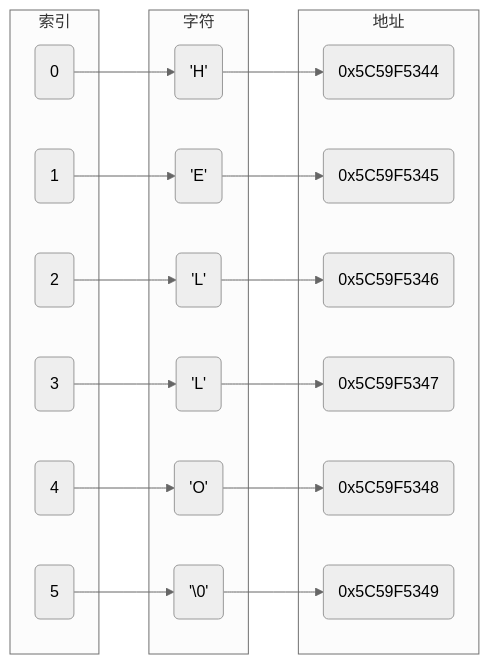
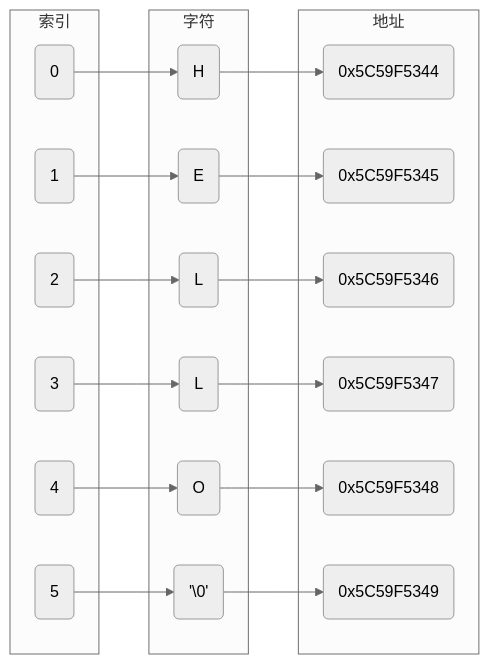
Before and after one commit to dmjcb/dmjcb.github.io: the second of 3 diagrams in _posts/language/c_c++/2021-11-13-字符.md, drawn with Mermaid (neutral theme). The commit also changed other lines of this file and 13 other files, not shown here.

````diff
--- a/_posts/language/c_c++/2021-11-13-字符.md
+++ b/_posts/language/c_c++/2021-11-13-字符.md
@@ -72,29 +76,27 @@
 ```mermaid
 graph LR
-subgraph 地址
-a0(0x5C59F5344)
-a1(0x5C59F5345)
-a2(0x5C59F5346)
-a3(0x5C59F5347)
-a4(0x5C59F5348)
-a5(0x5C59F5349)
-end
-
-subgraph 字符
-v0('H')
-v1('E')
-v2('L')
-v3('L')
-v4('O')
-v5('\0')
-end
-
-subgraph 索引
-i0(0)-->v0-->a0
-i1(1)-->v1-->a1
-i2(2)-->v2-->a2
-i3(3)-->v3-->a3
-i4(4)-->v4-->a4
-i5(5)-->v5-->a5
-end
+    subgraph 地址
+        a0(0x5C59F5344)
+        a1(0x5C59F5345)
+        a2(0x5C59F5346)
+        a3(0x5C59F5347)
+        a4(0x5C59F5348)
+        a5(0x5C59F5349)
+    end
+    subgraph 字符
+        v0(H)
+        v1(E)
+        v2(L)
+        v3(L)
+        v4(O)  
+        v5('\0')
+    end
+    subgraph 索引
+        i0(0)-->v0-->a0
+        i1(1)-->v1-->a1
+        i2(2)-->v2-->a2
+        i3(3)-->v3-->a3
+        i4(4)-->v4-->a4
+        i5(5)-->v5-->a5
+    end
 ```
````
